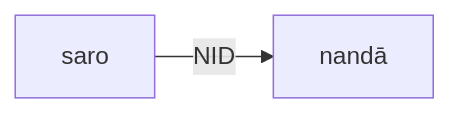
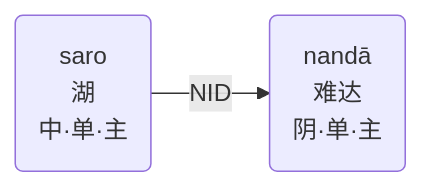
Before and after one commit to iapt-platform/pali-handbook: the first of 2 diagrams in src/basic-relation/nom/nom-nid.md, drawn with Mermaid. The commit also changed other lines of this file and 6 other files, not shown here.

```diff
--- a/src/basic-relation/nom/nom-nid.md
+++ b/src/basic-relation/nom/nom-nid.md
@@ -13,4 +12,6 @@
 <div class="mermaid">
 flowchart LR
-saro--"NID"-->nandā
+A("saro<br>湖<br>中·单·主")
+B("nandā<br>难达<br>阴·单·主")
+A--"NID"-->B
 </div>
```
